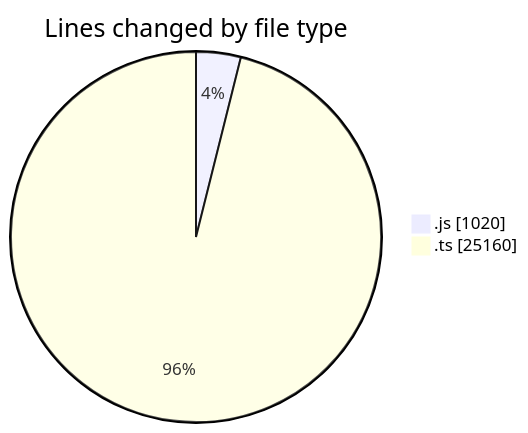
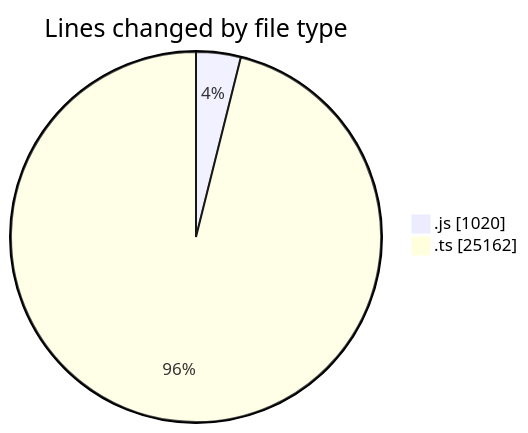
The first of 2 diagrams in 2026-01-15/cda/README.md (momahboobian/code-tracking), drawn with Mermaid before and after one commit. The commit also changed other lines of this file and 1 other file, not shown here.

````diff
--- a/2026-01-15/cda/README.md
+++ b/2026-01-15/cda/README.md
@@ -27,6 +27,6 @@
 ```mermaid
 pie showData
 title Lines changed by file type
 ".js" : 1020
-".ts" : 25160
+".ts" : 25162
 ```
````
